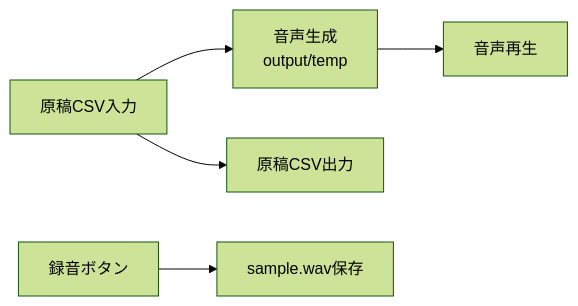
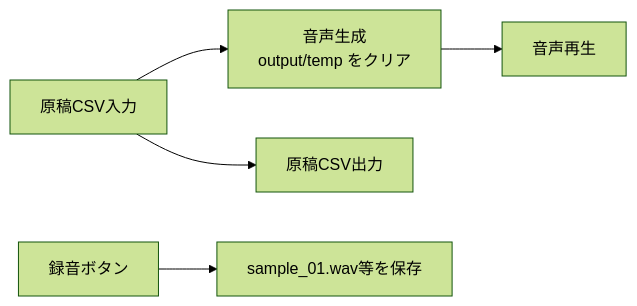
One commit to J1921604/MyVoice-Maker changed the second of 2 diagrams in README.md. Above: the diagram before and after it, drawn with Mermaid (forest theme). The commit also changed other lines of this file and 35 other files, not shown here.

````diff
--- a/README.md
+++ b/README.md
@@ -40,7 +44,7 @@
 ```mermaid
 flowchart LR
-    A[原稿CSV入力] --> B[音声生成<br/>output/temp]
+   A[原稿CSV入力] --> B[音声生成<br/>output/temp をクリア]
     B --> C[音声再生]
     A --> D[原稿CSV出力]
-    E[録音ボタン] --> F[sample.wav保存]
+   E[録音ボタン] --> F[sample_01.wav等を保存]
 ```
````
